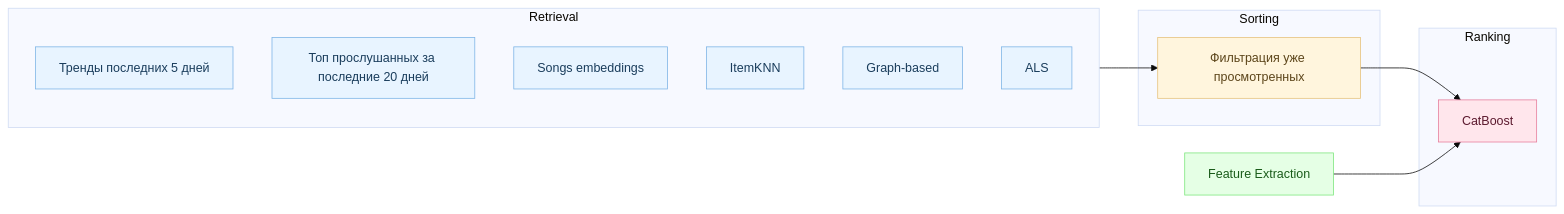
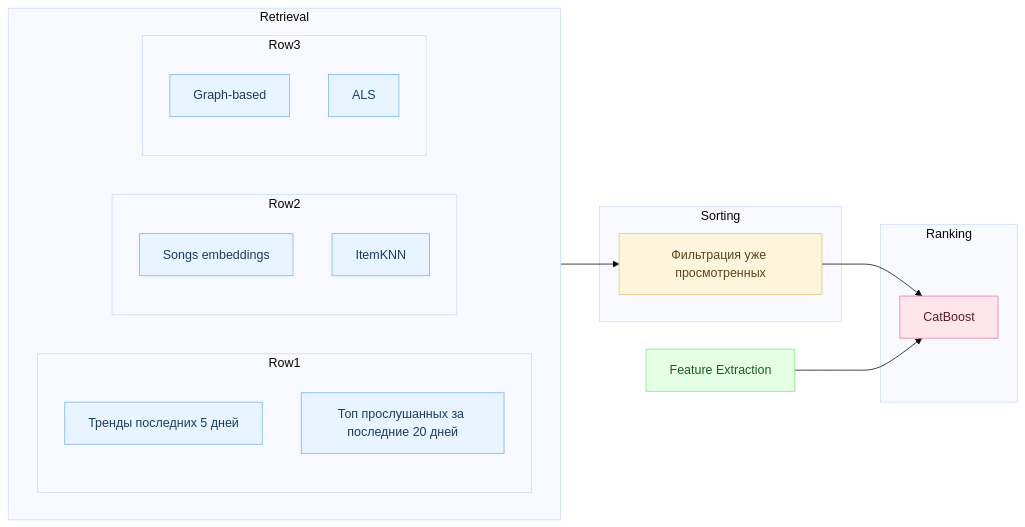
Before and after one commit to Nastasy822/music-recommendation-experiments: the second of 2 diagrams in README.md, drawn with Mermaid (base theme).

Commit message:
docs: add diagram of preprocessing

````diff
--- a/README.md
+++ b/README.md
@@ -237,41 +237,54 @@
 ```mermaid
 flowchart LR
 
     %% === Блоки пайплайна ===
     subgraph RETRIEVAL ["Retrieval"]
-        PopAll["Тренды последних 5 дней"]
-        PopUser["Топ прослушанных за последние 20 дней"]
-        SIM["Songs embeddings"]
-        ITEMKNN["ItemKNN"]
-        GRAPH["Graph-based"]
-        ALS["ALS"]
+        direction LR
+
+        subgraph Row1
+            direction TB
+            PopAll["Тренды последних 5 дней"]
+            PopUser["Топ прослушанных за последние 20 дней"]
+        end
+
+        subgraph Row2
+            direction TB
+            SIM["Songs embeddings"]
+            ITEMKNN["ItemKNN"]
+        end
+
+        subgraph Row3
+            direction TB
+            GRAPH["Graph-based"]
+            ALS["ALS"]
+        end
     end
 
     subgraph SORTING ["Sorting"]
         FILTER["Фильтрация уже просмотренных"]
     end
 
     subgraph RANKING ["Ranking"]
         RANK["CatBoost"]
     end
 
     %% === Отдельный нижний блок Feature Extraction ===
     FEATS["Feature Extraction"]
 
     %% === Потоки данных ===
     RETRIEVAL --> FILTER
-
     FILTER --> RANK
     FEATS --> RANK
 
     %% === Цветовые стили ===
     classDef retrieval fill:#e8f4ff,stroke:#7db4e6,color:#1a3d5c;
     classDef sorting fill:#fff5dd,stroke:#e6c27d,color:#5c451a;
     classDef ranking fill:#ffe6ec,stroke:#e67d9c,color:#5c1a2f;
     classDef features fill:#e5ffe5,stroke:#7de67d,color:#1a5c1a;
 
     class PopAll,PopUser,SIM,ALS,ITEMKNN,GRAPH retrieval;
     class FILTER sorting;
     class RANK ranking;
     class FEATS features;
+
 ```
````
